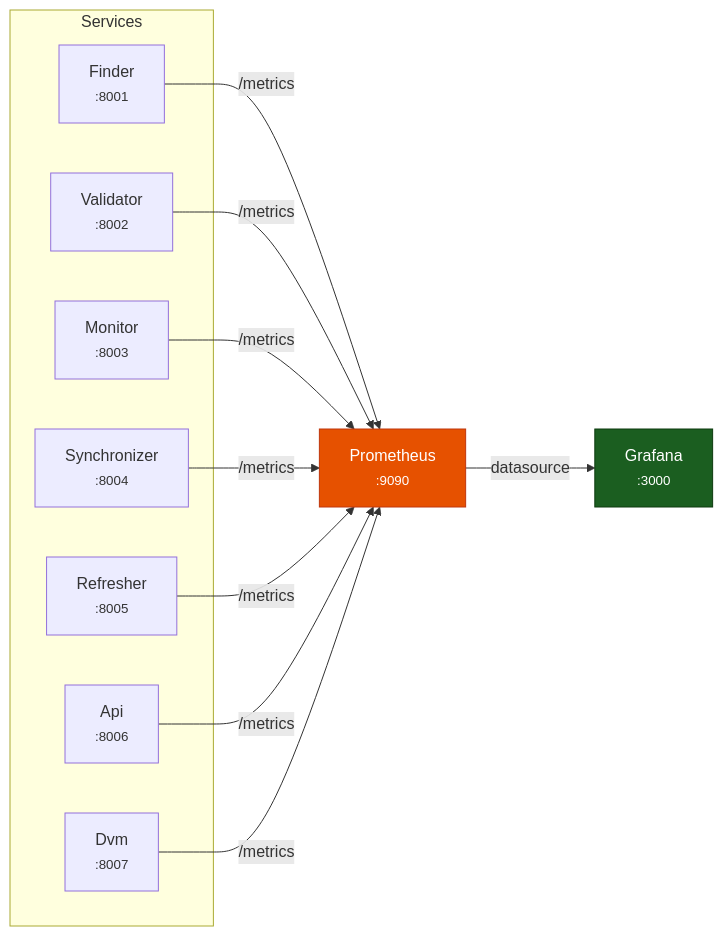
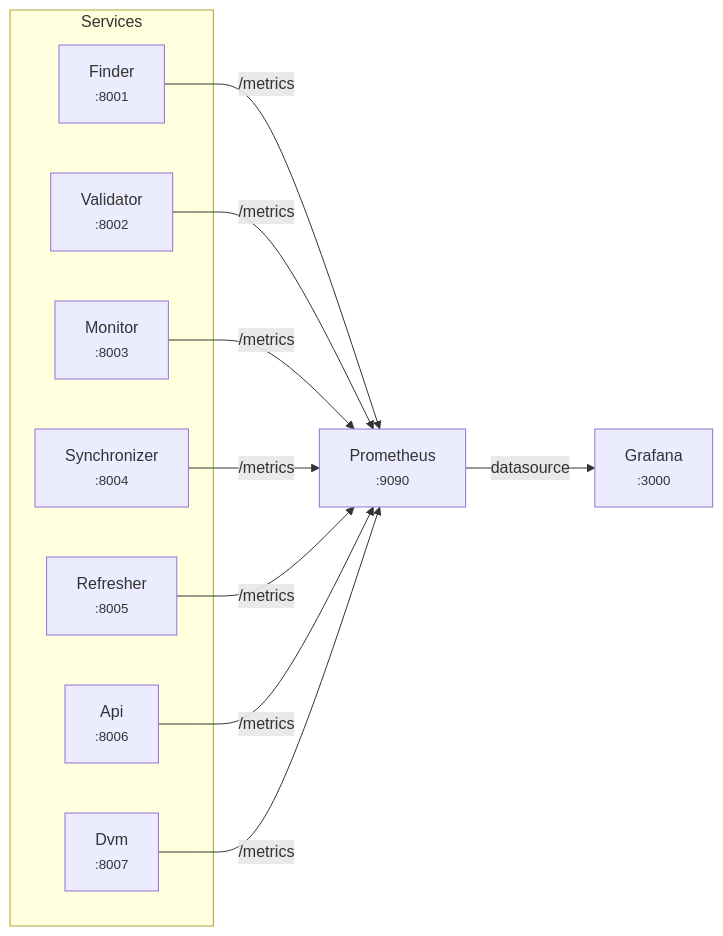
The diagram in docs/user-guide/monitoring.md (BigBrotr/bigbrotr), drawn with Mermaid before and after one commit. The commit also changed 10 other files, not shown here.

````diff
--- a/docs/user-guide/monitoring.md
+++ b/docs/user-guide/monitoring.md
@@ -15,27 +15,25 @@
 ```mermaid
 flowchart LR
     subgraph Services
         F["Finder<br/><small>:8001</small>"]
         V["Validator<br/><small>:8002</small>"]
         M["Monitor<br/><small>:8003</small>"]
         S["Synchronizer<br/><small>:8004</small>"]
         R["Refresher<br/><small>:8005</small>"]
         A["Api<br/><small>:8006</small>"]
         D["Dvm<br/><small>:8007</small>"]
     end
 
     P["Prometheus<br/><small>:9090</small>"]
     G["Grafana<br/><small>:3000</small>"]
 
     F -->|"/metrics"| P
     V -->|"/metrics"| P
     M -->|"/metrics"| P
     S -->|"/metrics"| P
     R -->|"/metrics"| P
     A -->|"/metrics"| P
     D -->|"/metrics"| P
     P -->|"datasource"| G
 
-    style P fill:#E65100,color:#fff,stroke:#BF360C
-    style G fill:#1B5E20,color:#fff,stroke:#0D3B0F
 ```
````
